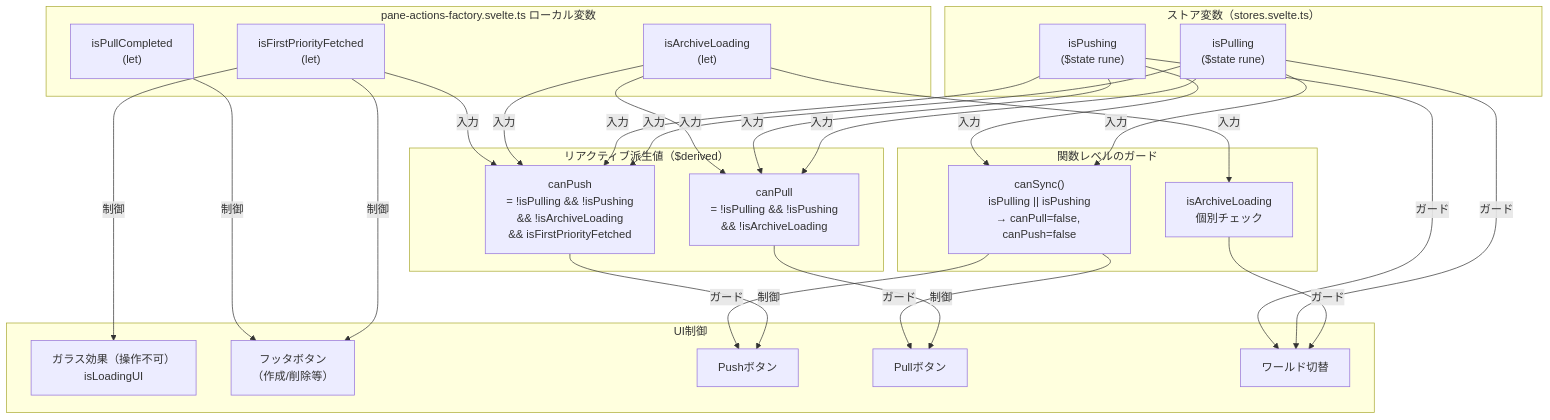
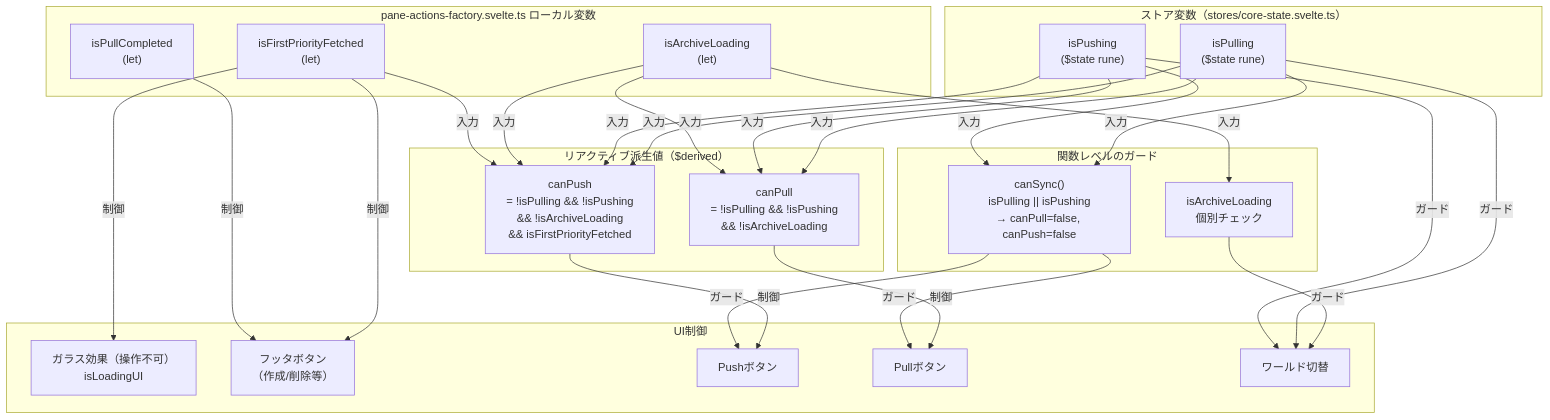
Before and after one commit to kako-jun/agasteer: the sixth of 6 diagrams in docs/development/sync/push-pull.md, drawn with Mermaid. The commit also changed other lines of this file and 20 other files, not shown here.

First line of the commit message:
refactor: stores.svelte.tsを関心ごとのモジュールへ分割 (#300)

````diff
--- a/docs/development/sync/push-pull.md
+++ b/docs/development/sync/push-pull.md
@@ -972,54 +972,54 @@
 ```mermaid
 flowchart TB
-    subgraph "ストア変数（stores.svelte.ts）"
+    subgraph "ストア変数（stores/core-state.svelte.ts）"
         isPulling["isPulling<br/>($state rune)"]
         isPushing["isPushing<br/>($state rune)"]
     end
 
     subgraph "pane-actions-factory.svelte.ts ローカル変数"
         isArchiveLoading["isArchiveLoading<br/>(let)"]
         isFirstPriorityFetched["isFirstPriorityFetched<br/>(let)"]
         isPullCompleted["isPullCompleted<br/>(let)"]
     end
 
     subgraph "リアクティブ派生値（$derived）"
         canPull["canPull<br/>= !isPulling && !isPushing<br/>&& !isArchiveLoading"]
         canPush["canPush<br/>= !isPulling && !isPushing<br/>&& !isArchiveLoading<br/>&& isFirstPriorityFetched"]
     end
 
     subgraph "UI制御"
         glassFX["ガラス効果（操作不可）<br/>isLoadingUI"]
         footerBtns["フッタボタン<br/>（作成/削除等）"]
         pushBtn["Pushボタン"]
         pullBtn["Pullボタン"]
         worldSW["ワールド切替"]
     end
 
     subgraph "関数レベルのガード"
         canSyncFn["canSync()<br/>isPulling || isPushing<br/>→ canPull=false, canPush=false"]
         archiveGuard["isArchiveLoading<br/>個別チェック"]
     end
 
     isPulling -->|入力| canPull
     isPulling -->|入力| canPush
     isPulling -->|入力| canSyncFn
     isPushing -->|入力| canPull
     isPushing -->|入力| canPush
     isPushing -->|入力| canSyncFn
     isArchiveLoading -->|入力| canPull
     isArchiveLoading -->|入力| canPush
     isArchiveLoading -->|入力| archiveGuard
     isFirstPriorityFetched -->|入力| canPush
     isFirstPriorityFetched -->|制御| glassFX
     isFirstPriorityFetched -->|制御| footerBtns
     isPullCompleted -->|制御| footerBtns
 
     canPull -->|制御| pullBtn
     canPush -->|制御| pushBtn
     canSyncFn -->|ガード| pullBtn
     canSyncFn -->|ガード| pushBtn
     archiveGuard -->|ガード| worldSW
 
     isPulling -->|ガード| worldSW
     isPushing -->|ガード| worldSW
 ```
````
